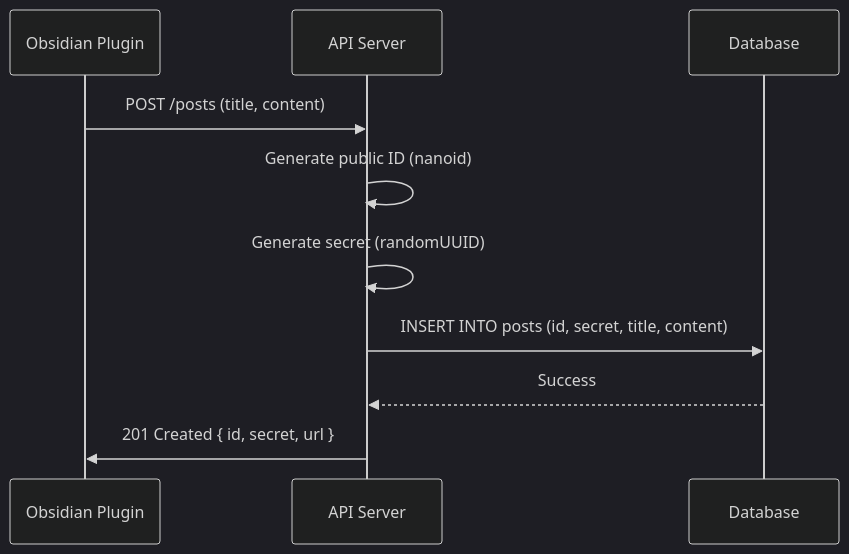
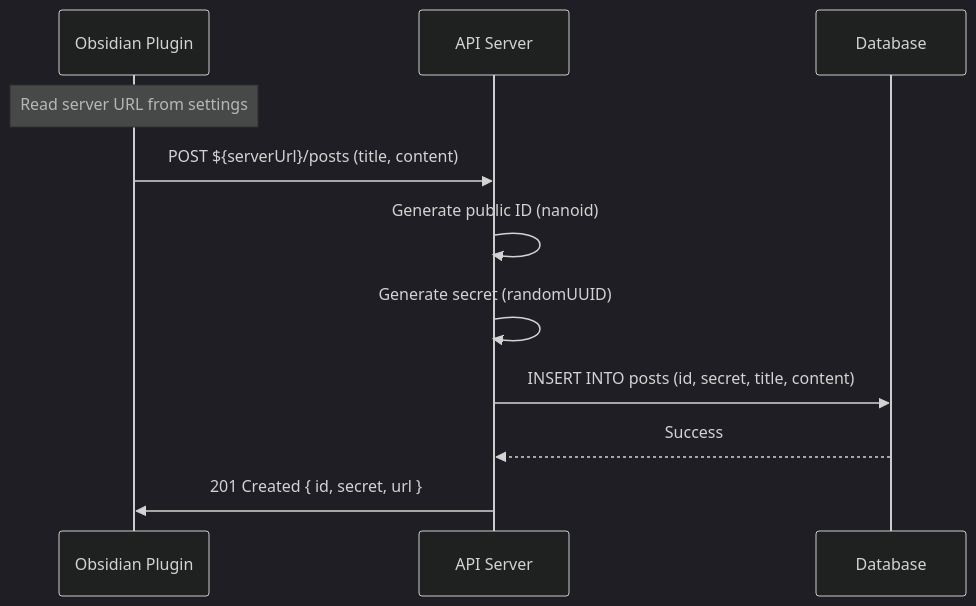
One commit to ilovethw3/publish-obsidian-plugin changed the second of 4 diagrams in .claude/specs/obsidian-publish-system/design.md. Above: the diagram before and after it, drawn with Mermaid (dark theme). The commit also changed other lines of this file and 22 other files, not shown here.

````diff
--- a/.claude/specs/obsidian-publish-system/design.md
+++ b/.claude/specs/obsidian-publish-system/design.md
@@ -141,13 +144,14 @@
 ```mermaid
 sequenceDiagram
     participant P as Obsidian Plugin
     participant S as API Server
     participant DB as Database
 
-    P->>S: POST /posts (title, content)
+    Note over P: Read server URL from settings
+    P->>S: POST ${serverUrl}/posts (title, content)
     S->>S: Generate public ID (nanoid)
     S->>S: Generate secret (randomUUID)
     S->>DB: INSERT INTO posts (id, secret, title, content)
     DB-->>S: Success
     S->>P: 201 Created { id, secret, url }
 ```
````
